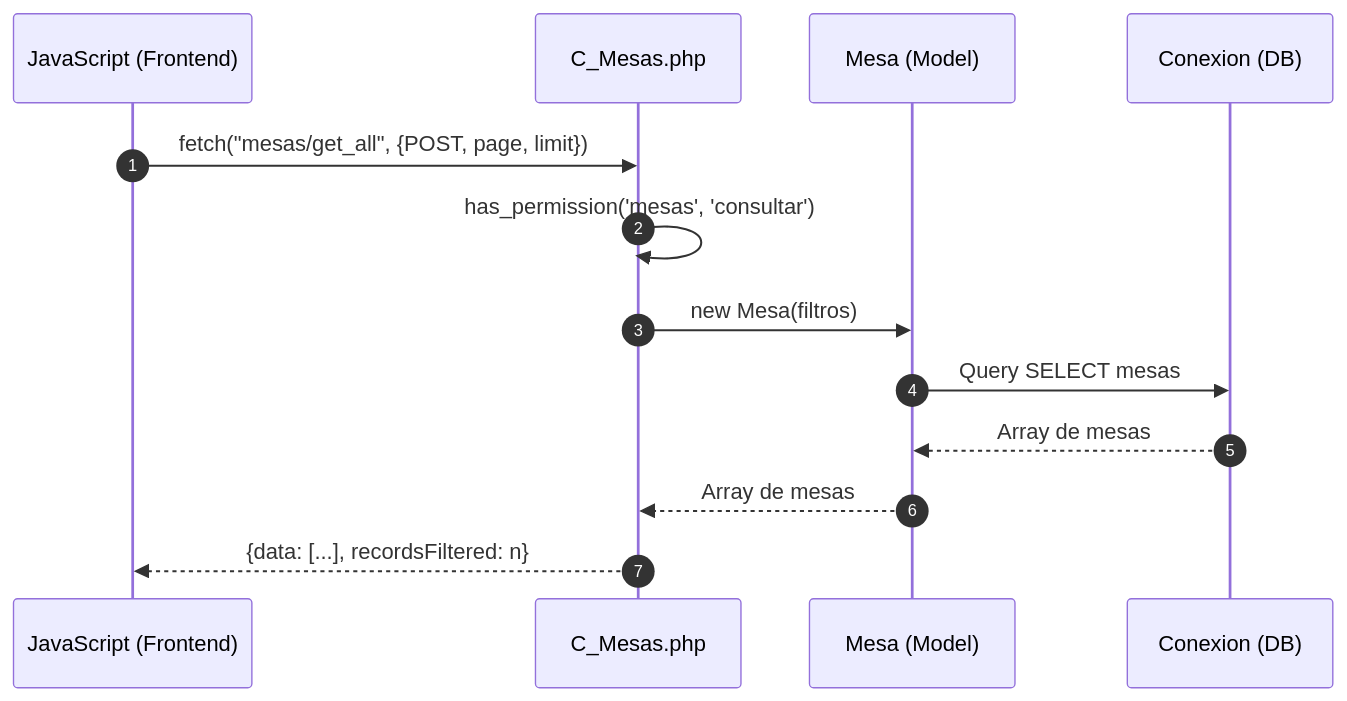
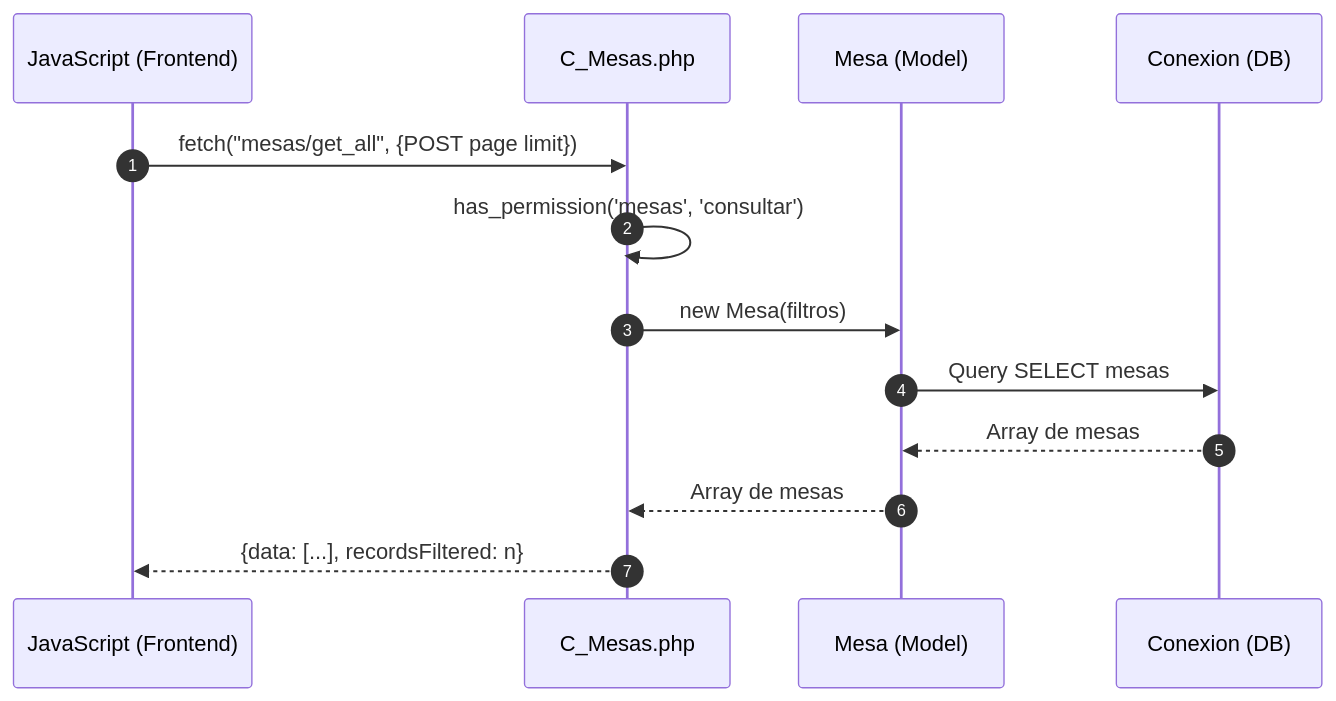
One commit to Tecrato/BurgerHouse changed the second of 5 diagrams in docs/secuencia/mesas/mesas.md. Above: the diagram before and after it, drawn with Mermaid. The commit also changed other lines of this file and 13 other files, not shown here.

Commit message:
diagramas de secuencia

````diff
--- a/docs/secuencia/mesas/mesas.md
+++ b/docs/secuencia/mesas/mesas.md
@@ -39,19 +39,19 @@
 ```mermaid
 sequenceDiagram
     autonumber
     participant JS as JavaScript (Frontend)
     participant C_Mesas as C_Mesas.php
     participant Mesa as Mesa (Model)
     participant DB as Conexion (DB)
     
-    JS->>C_Mesas: fetch("mesas/get_all", {POST, page, limit})
+    JS->>C_Mesas: fetch("mesas/get_all", {POST page limit})
     
     C_Mesas->>C_Mesas: has_permission('mesas', 'consultar')
     
     C_Mesas->>Mesa: new Mesa(filtros)
     Mesa->>DB: Query SELECT mesas
     DB-->>Mesa: Array de mesas
     Mesa-->>C_Mesas: Array de mesas
     
     C_Mesas-->>JS: {data: [...], recordsFiltered: n}
 ```
````
